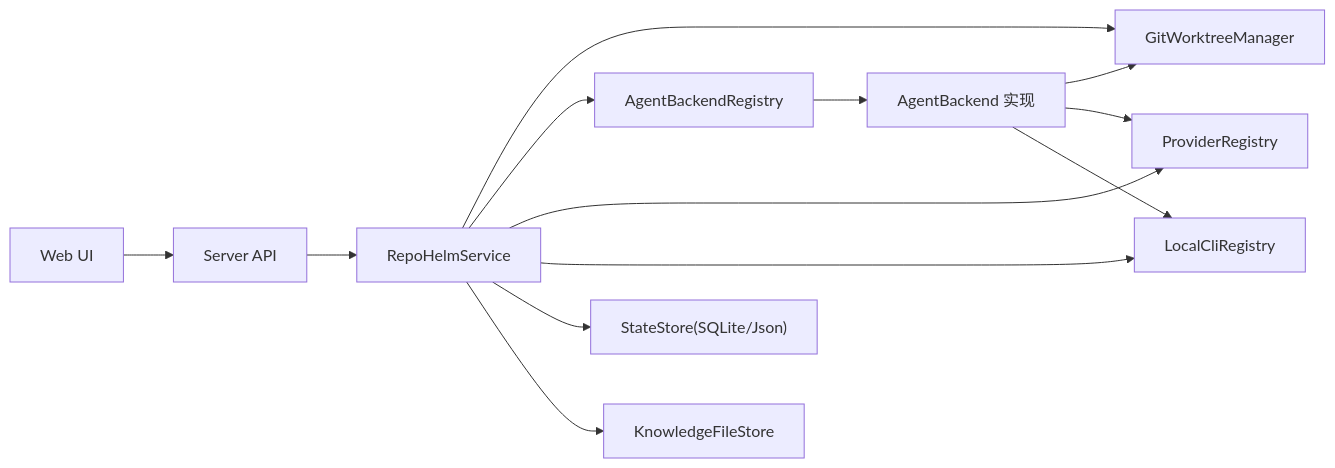
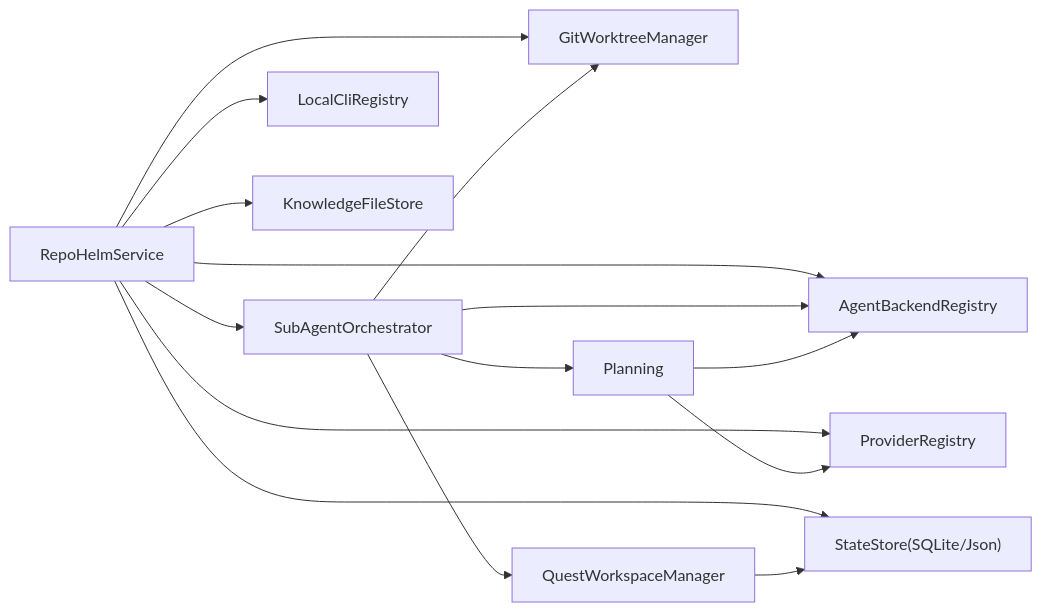
One commit to coconilu/RepoHelm changed the eighth of 8 diagrams in .qoder/repowiki/zh/content/核心服务模块/任务编排流程.md. Above: the diagram before and after it, drawn with Mermaid. The commit also changed other lines of this file and 14 other files, not shown here.

````diff
--- a/.qoder/repowiki/zh/content/核心服务模块/任务编排流程.md
+++ b/.qoder/repowiki/zh/content/核心服务模块/任务编排流程.md
@@ -343,15 +401,17 @@
 ```mermaid
 graph LR
-Service["RepoHelmService"] --> Git["GitWorktreeManager"]
+Service["RepoHelmService"] --> Orchestrator["SubAgentOrchestrator"]
+Service --> Git["GitWorktreeManager"]
 Service --> AgentReg["AgentBackendRegistry"]
 Service --> ProviderReg["ProviderRegistry"]
 Service --> CliReg["LocalCliRegistry"]
 Service --> Store["StateStore(SQLite/Json)"]
 Service --> Knowledge["KnowledgeFileStore"]
-AgentReg --> AgentImpl["AgentBackend 实现"]
-AgentImpl --> Git
-AgentImpl --> ProviderReg
-AgentImpl --> CliReg
-API["Server API"] --> Service
-UI["Web UI"] --> API
+Orchestrator --> Planning["Planning"]
+Orchestrator --> QuestWorkspace["QuestWorkspaceManager"]
+Orchestrator --> AgentReg
+Orchestrator --> Git
+Planning --> AgentReg
+Planning --> ProviderReg
+QuestWorkspace --> Store
 ```
````
